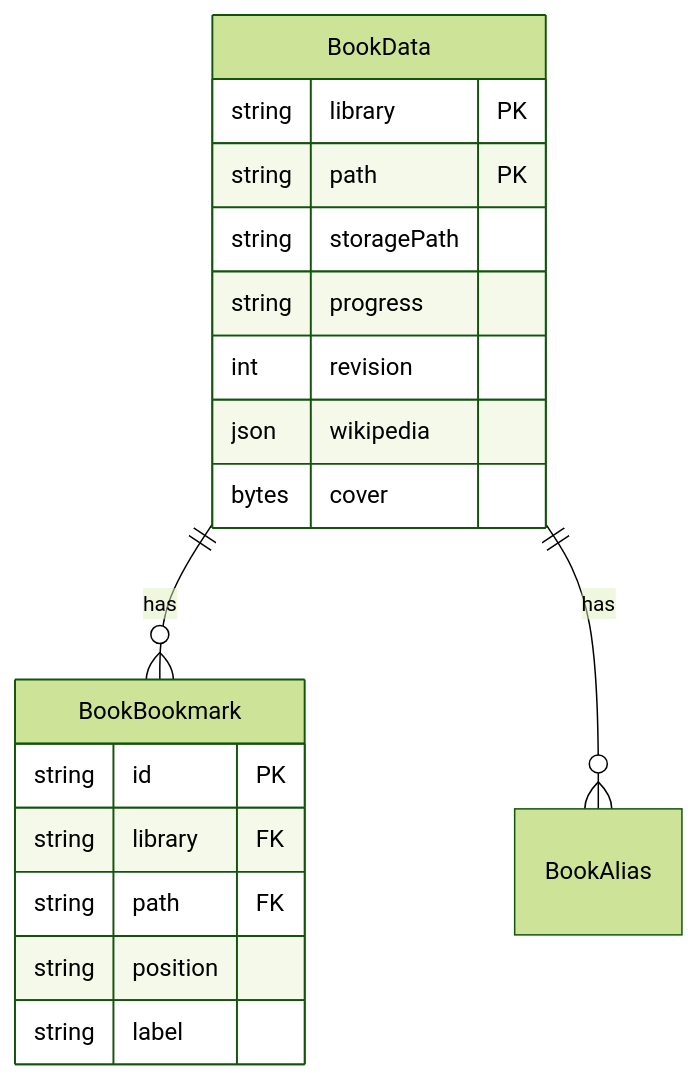
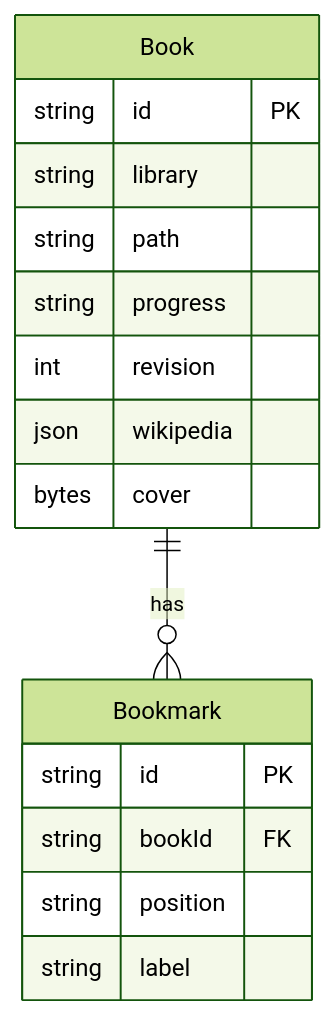
The second of 2 diagrams in docs/models.md (violetsartcosmos/cyberPlanner), drawn with Mermaid (forest theme) before and after one commit. The commit also changed other lines of this file and 18 other files, not shown here.

First line of the commit message:
feat: Refactor book and planner models for improved data structure and relationships

````diff
--- a/docs/models.md
+++ b/docs/models.md
@@ -82,21 +81,19 @@
 ```mermaid
 erDiagram
-    BookData ||--o{ BookBookmark : has
-    BookData ||--o{ BookAlias : has
-    BookData {
-        string library PK
-        string path PK
-        string storagePath
+    Book ||--o{ Bookmark : has
+    Book {
+        string id PK
+        string library
+        string path
         string progress
         int revision
         json wikipedia
         bytes cover
     }
-    BookBookmark {
+    Bookmark {
         string id PK
-        string library FK
-        string path FK
+        string bookId FK
         string position
         string label
     }
 ```
````
